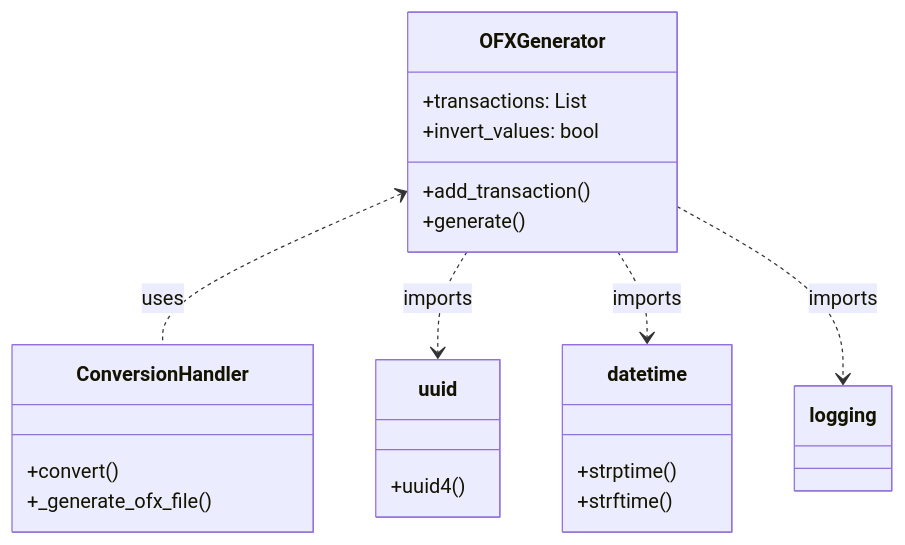
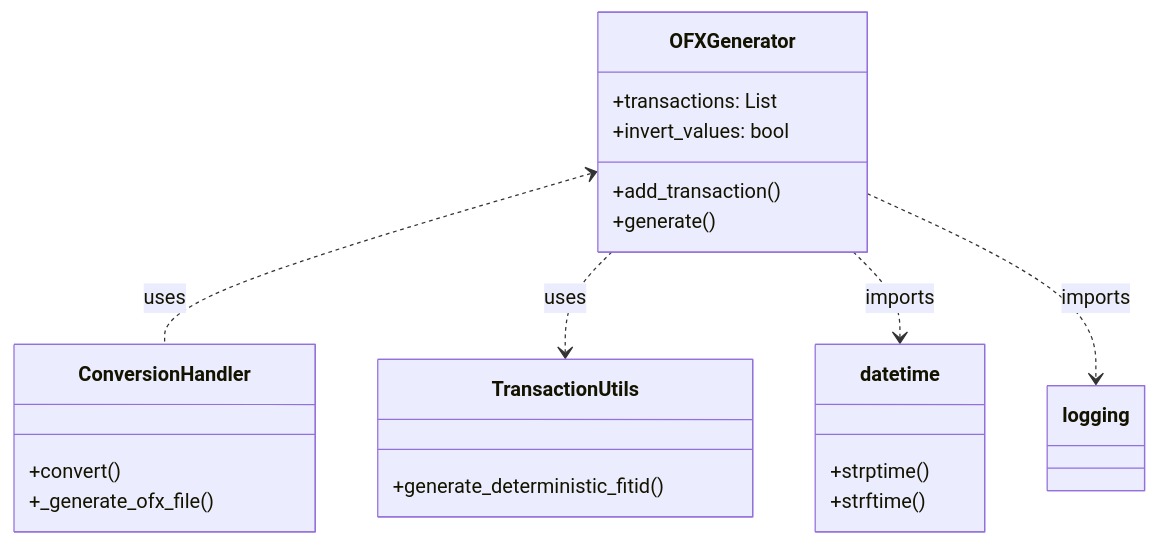
The first of 3 diagrams in docs/en/classes/OFXGenerator.md (andrebarsotti/csv-to-ofx-converter), drawn with Mermaid before and after one commit. The commit also changed other lines of this file and 13 other files, not shown here.

First line of the commit message:
docs: Update documentation for deterministic FITID feature (Task F.6)

````diff
--- a/docs/en/classes/OFXGenerator.md
+++ b/docs/en/classes/OFXGenerator.md
@@ -91,28 +93,28 @@
 ```mermaid
 classDiagram
     class OFXGenerator {
         +transactions: List
         +invert_values: bool
         +add_transaction()
         +generate()
     }
 
     class ConversionHandler {
         +convert()
         +_generate_ofx_file()
     }
 
-    class uuid {
-        +uuid4()
+    class TransactionUtils {
+        +generate_deterministic_fitid()
     }
 
     class datetime {
         +strptime()
         +strftime()
     }
 
     OFXGenerator <.. ConversionHandler : uses
-    OFXGenerator ..> uuid : imports
+    OFXGenerator ..> TransactionUtils : uses
     OFXGenerator ..> datetime : imports
     OFXGenerator ..> logging : imports
 ```
````
